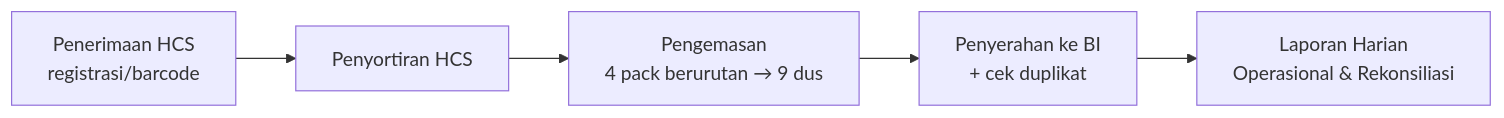
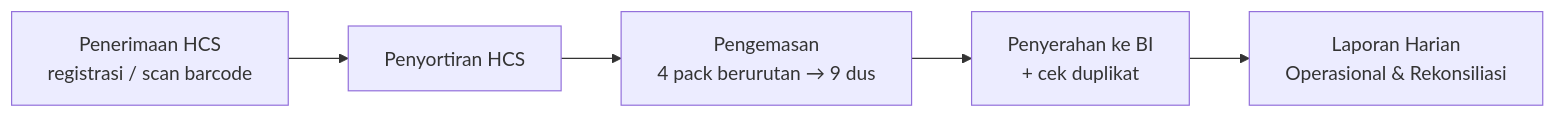
Before and after one commit to prophetical/khazprokhir-dev: the first of 3 diagrams in docs/BRD.md, drawn with Mermaid. The commit also changed other lines of this file and 31 other files, not shown here.

````diff
--- a/docs/BRD.md
+++ b/docs/BRD.md
@@ -107,7 +127,7 @@
 ```mermaid
 flowchart LR
-    A[Penerimaan HCS<br/>registrasi/barcode] --> B[Penyortiran HCS]
+    A[Penerimaan HCS<br/>registrasi / scan barcode] --> B[Penyortiran HCS]
     B --> C[Pengemasan<br/>4 pack berurutan → 9 dus]
     C --> D[Penyerahan ke BI<br/>+ cek duplikat]
     D --> E[Laporan Harian<br/>Operasional & Rekonsiliasi]
 ```
````
